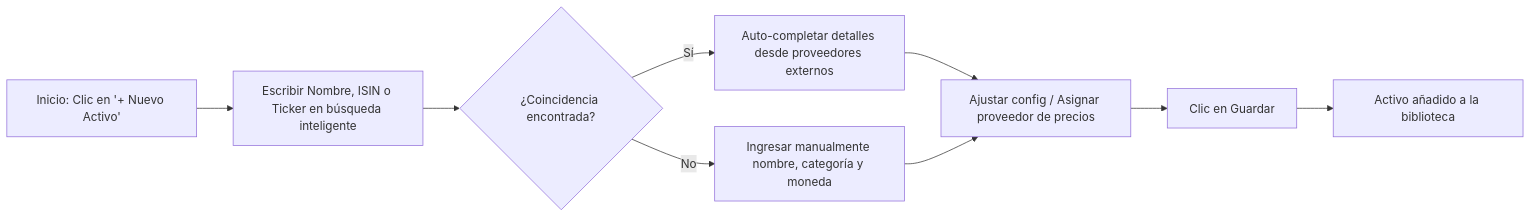
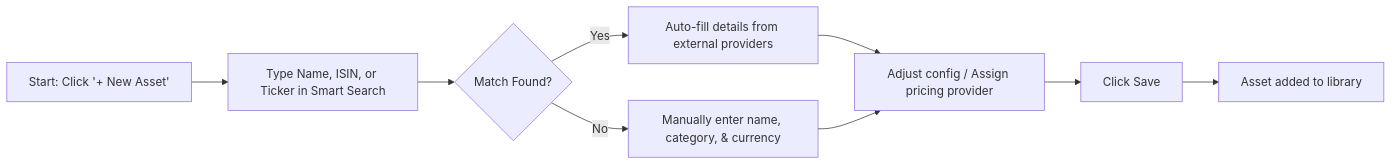
Before and after one commit to Librefolio/LibreFolio: the first of 2 diagrams in mkdocs_src/docs/user/assets/create-edit.es.md, drawn with Mermaid. The commit also changed other lines of this file and 73 other files, not shown here.

````diff
--- a/mkdocs_src/docs/user/assets/create-edit.es.md
+++ b/mkdocs_src/docs/user/assets/create-edit.es.md
@@ -14,11 +14,11 @@
-    ```mermaid
-    flowchart LR
-        A[Inicio: Clic en '+ Nuevo Activo'] --> B[Escribir Nombre, ISIN o Ticker en búsqueda inteligente]
-        B --> C{¿Coincidencia encontrada?}
-        C -->|Sí| D[Auto-completar detalles desde proveedores externos]
-        C -->|No| E[Ingresar manualmente nombre, categoría y moneda]
-        D --> F[Ajustar config / Asignar proveedor de precios]
-        E --> F
-        F --> G[Clic en Guardar]
-        G --> H[Activo añadido a la biblioteca]
-    ```
+ ```mermaid
+ flowchart LR
+ A[Start: Click '+ New Asset'] --> B[Type Name, ISIN, or Ticker in Smart Search]
+ B --> C{Match Found?}
+ C -->|Yes| D[Auto-fill details from external providers]
+ C -->|No| E[Manually enter name, category, & currency]
+ D --> F[Adjust config / Assign pricing provider]
+ E --> F
+ F --> G[Click Save]
+ G --> H[Asset added to library]
+ ```
````
